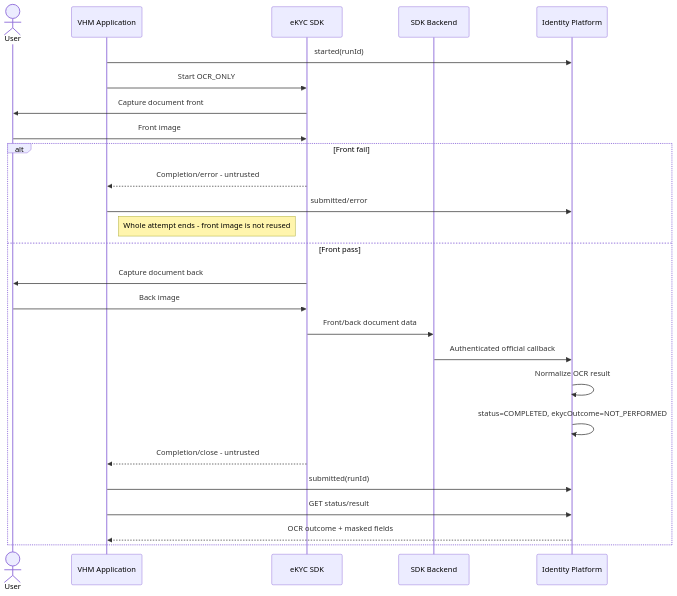
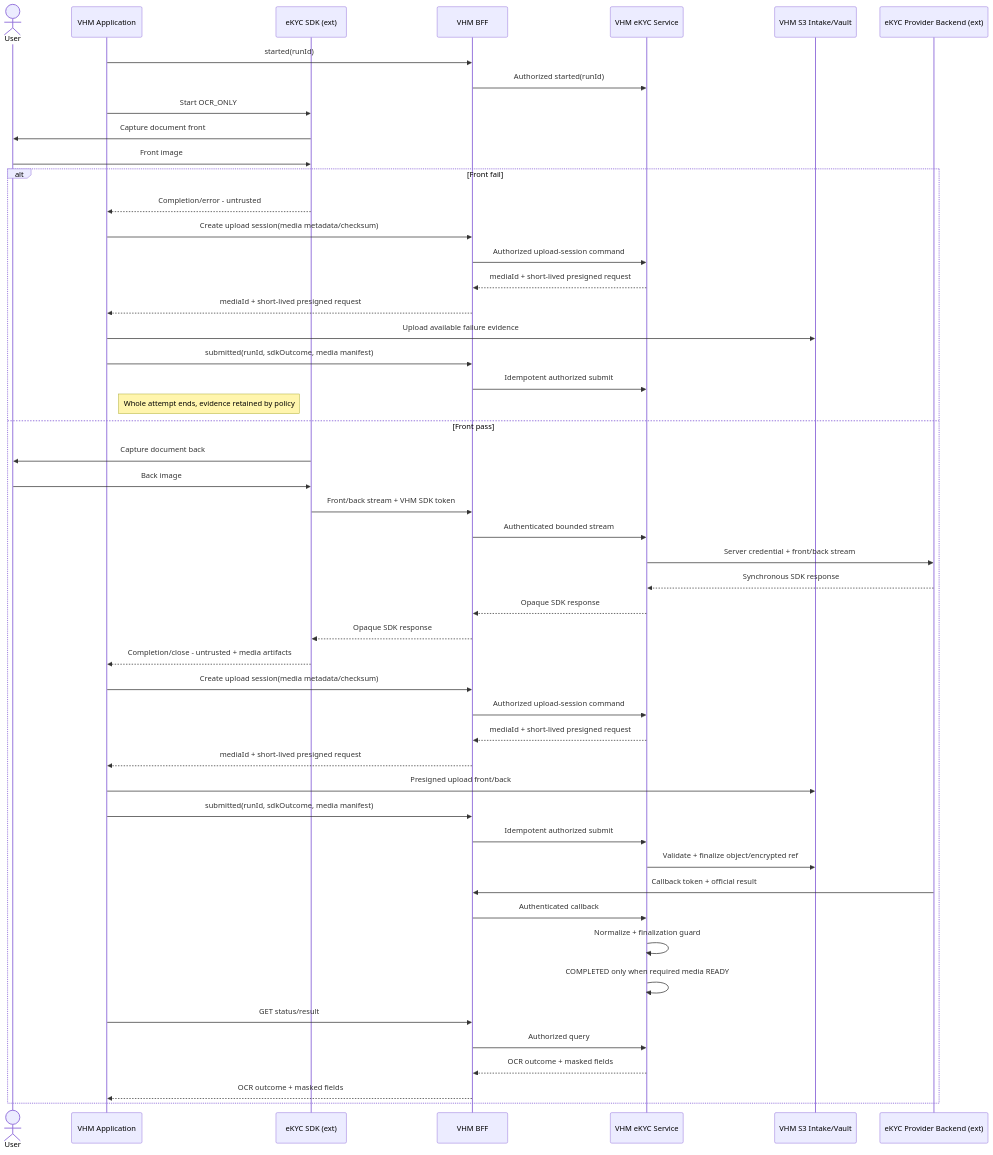
One commit to huynv-xyz/vhm changed diagram 11 of 18 in tdd2.md. Above: the diagram before and after it, drawn with Mermaid. The commit also changed other lines of this file, not shown here.

````diff
--- a/tdd2.md
+++ b/tdd2.md
@@ -1529,28 +1148,52 @@
 ```mermaid
 sequenceDiagram
     actor User
     participant APP as VHM Application
-    participant SDK as eKYC SDK
-    participant BACKEND as SDK Backend
-    participant IV as Identity Platform
-    APP->>IV: started(runId)
+    participant SDK as eKYC SDK (ext)
+    participant BFF as VHM BFF
+    participant EKYC_SERVICE as VHM eKYC Service
+    participant S3 as VHM S3 Intake/Vault
+    participant BACKEND as eKYC Provider Backend (ext)
+    APP->>BFF: started(runId)
+    BFF->>EKYC_SERVICE: Authorized started(runId)
     APP->>SDK: Start OCR_ONLY
     SDK->>User: Capture document front
     User->>SDK: Front image
     alt Front fail
         SDK-->>APP: Completion/error - untrusted
-        APP->>IV: submitted/error
-        Note right of APP: Whole attempt ends - front image is not reused
+        APP->>BFF: Create upload session(media metadata/checksum)
+        BFF->>EKYC_SERVICE: Authorized upload-session command
+        EKYC_SERVICE-->>BFF: mediaId + short-lived presigned request
+        BFF-->>APP: mediaId + short-lived presigned request
+        APP->>S3: Upload available failure evidence
+        APP->>BFF: submitted(runId, sdkOutcome, media manifest)
+        BFF->>EKYC_SERVICE: Idempotent authorized submit
+        Note right of APP: Whole attempt ends, evidence retained by policy
     else Front pass
         SDK->>User: Capture document back
         User->>SDK: Back image
-        SDK->>BACKEND: Front/back document data
-        BACKEND->>IV: Authenticated official callback
-        IV->>IV: Normalize OCR result
-        IV->>IV: status=COMPLETED, ekycOutcome=NOT_PERFORMED
-        SDK-->>APP: Completion/close - untrusted
-        APP->>IV: submitted(runId)
-        APP->>IV: GET status/result
-        IV-->>APP: OCR outcome + masked fields
+        SDK->>BFF: Front/back stream + VHM SDK token
+        BFF->>EKYC_SERVICE: Authenticated bounded stream
+        EKYC_SERVICE->>BACKEND: Server credential + front/back stream
+        BACKEND-->>EKYC_SERVICE: Synchronous SDK response
+        EKYC_SERVICE-->>BFF: Opaque SDK response
+        BFF-->>SDK: Opaque SDK response
+        SDK-->>APP: Completion/close - untrusted + media artifacts
+        APP->>BFF: Create upload session(media metadata/checksum)
+        BFF->>EKYC_SERVICE: Authorized upload-session command
+        EKYC_SERVICE-->>BFF: mediaId + short-lived presigned request
+        BFF-->>APP: mediaId + short-lived presigned request
+        APP->>S3: Presigned upload front/back
+        APP->>BFF: submitted(runId, sdkOutcome, media manifest)
+        BFF->>EKYC_SERVICE: Idempotent authorized submit
+        EKYC_SERVICE->>S3: Validate + finalize object/encrypted ref
+        BACKEND->>BFF: Callback token + official result
+        BFF->>EKYC_SERVICE: Authenticated callback
+        EKYC_SERVICE->>EKYC_SERVICE: Normalize + finalization guard
+        EKYC_SERVICE->>EKYC_SERVICE: COMPLETED only when required media READY
+        APP->>BFF: GET status/result
+        BFF->>EKYC_SERVICE: Authorized query
+        EKYC_SERVICE-->>BFF: OCR outcome + masked fields
+        BFF-->>APP: OCR outcome + masked fields
     end
 ```
````
